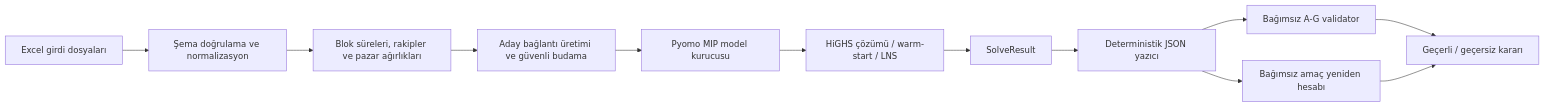
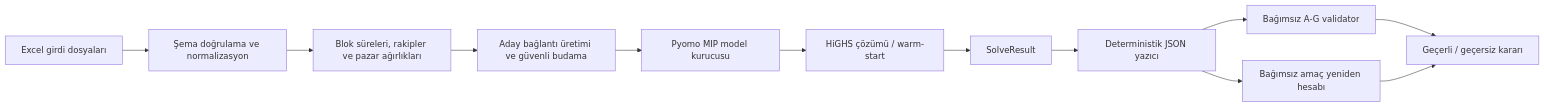
Before and after one commit to sevketugurel/THY: the diagram in README.md, drawn with Mermaid. The commit also changed other lines of this file and 1 other file, not shown here.

````diff
--- a/README.md
+++ b/README.md
@@ -88,14 +89,14 @@
 ```mermaid
 flowchart LR
     A["Excel girdi dosyaları"] --> B["Şema doğrulama ve normalizasyon"]
     B --> C["Blok süreleri, rakipler ve pazar ağırlıkları"]
     C --> D["Aday bağlantı üretimi ve güvenli budama"]
     D --> E["Pyomo MIP model kurucusu"]
-    E --> F["HiGHS çözümü / warm-start / LNS"]
+    E --> F["HiGHS çözümü / warm-start"]
     F --> G["SolveResult"]
     G --> H["Deterministik JSON yazıcı"]
     H --> I["Bağımsız A-G validator"]
     H --> J["Bağımsız amaç yeniden hesabı"]
     I --> K["Geçerli / geçersiz kararı"]
     J --> K
 ```
````
